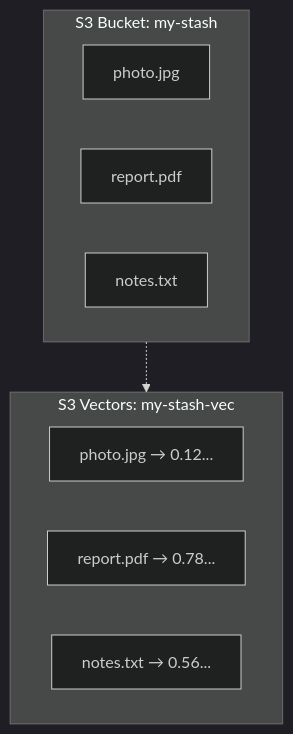
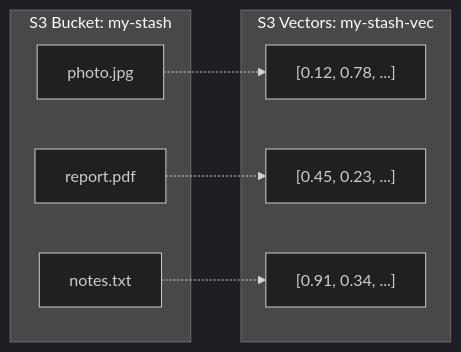
Before and after one commit to danilop/semstash: the third of 3 diagrams in README.md, drawn with Mermaid (dark theme).

Commit message:
Fix: restore file-to-vector links in Storage Design diagram
Show individual connections between files and their vectors instead
of a single bucket-to-bucket link. Keeps short titles to avoid overlap.

🤖 Generated with [Claude Code](https://claude.com/claude-code)

````diff
--- a/README.md
+++ b/README.md
@@ -256,18 +256,18 @@
 ```mermaid
-flowchart TB
+flowchart LR
     subgraph Content["S3 Bucket: my-stash"]
-        direction LR
         C1[photo.jpg]
         C2[report.pdf]
         C3[notes.txt]
     end
 
     subgraph Vectors["S3 Vectors: my-stash-vec"]
-        direction LR
-        V1["photo.jpg → 0.12..."]
-        V2["report.pdf → 0.78..."]
-        V3["notes.txt → 0.56..."]
+        V1["[0.12, 0.78, ...]"]
+        V2["[0.45, 0.23, ...]"]
+        V3["[0.91, 0.34, ...]"]
     end
 
-    Content -.-> Vectors
+    C1 -.-> V1
+    C2 -.-> V2
+    C3 -.-> V3
 ```
````
